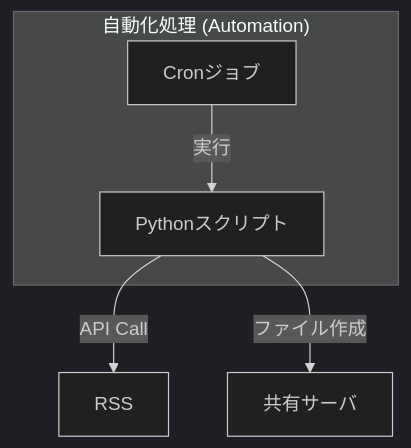
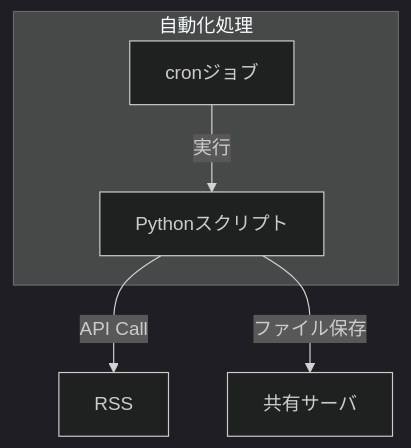
One commit to qack-dev/homelab changed the second of 2 diagrams in README.md. Above: the diagram before and after it, drawn with Mermaid (dark theme). The commit also changed other lines of this file, not shown here.

````diff
--- a/README.md
+++ b/README.md
@@ -43,10 +54,10 @@
 ```mermaid
 graph TD
-    subgraph "自動化処理 (Automation)"
-        H[Cronジョブ]
+    subgraph "自動化処理"
+        H[cronジョブ]
         I[Pythonスクリプト]
     end
     H -- 実行 --> I
     I -- API Call --> RSS
-    I -- ファイル作成 --> 共有サーバ
+    I -- ファイル保存 --> 共有サーバ
 ```
````
